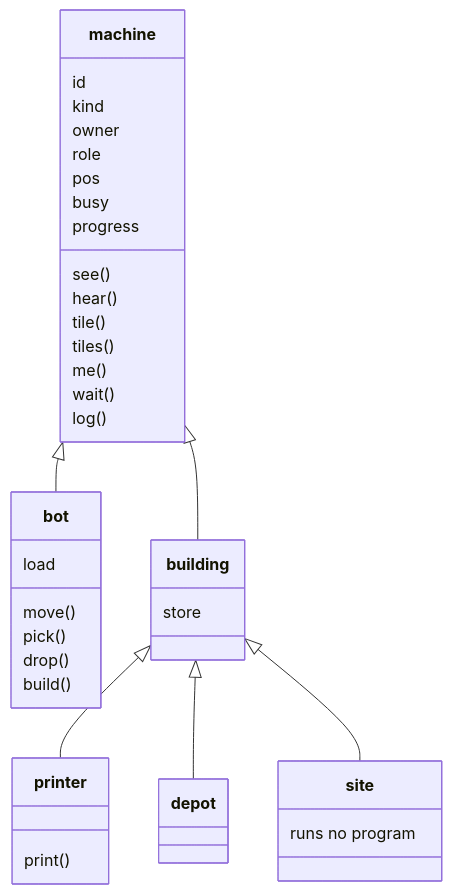
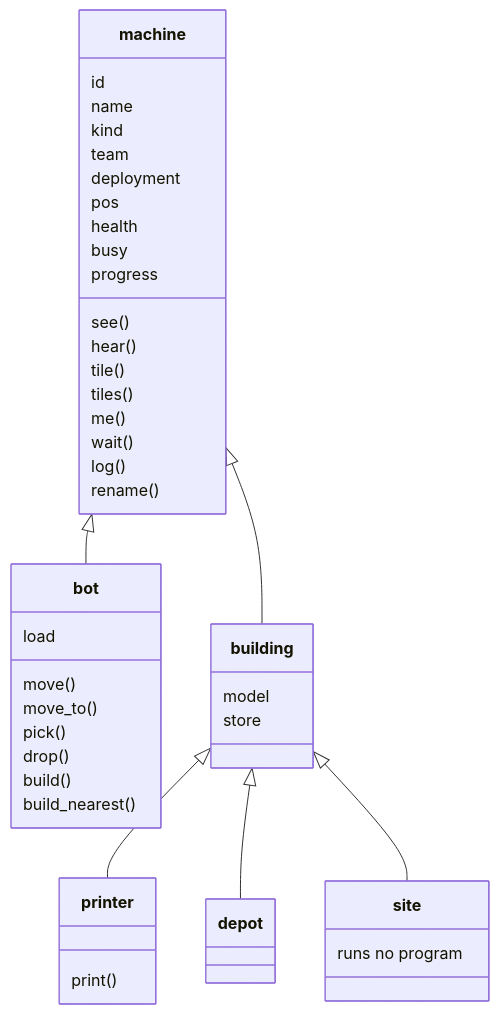
Before and after one commit to mmmtastymmm/programming-game-planned-2: the diagram in docs/02-machines.md, drawn with Mermaid. The commit also changed other lines of this file and 8 other files, not shown here.

First line of the commit message:
docs/02: a machine has a program, a team, a kind and a name; answer Q24; open Q25

````diff
--- a/docs/02-machines.md
+++ b/docs/02-machines.md
@@ -94,41 +148,47 @@
 ```mermaid
 classDiagram
   class machine {
     id
+    name
     kind
-    owner
-    role
+    team
+    deployment
     pos
+    health
     busy
     progress
     see()
     hear()
     tile()
     tiles()
     me()
     wait()
     log()
+    rename()
   }
   class bot {
     load
     move()
+    move_to()
     pick()
     drop()
     build()
+    build_nearest()
   }
   class building {
+    model
     store
   }
   class printer {
     print()
   }
   class depot
   class site {
     runs no program
   }
   machine <|-- bot
   machine <|-- building
   building <|-- printer
   building <|-- depot
   building <|-- site
 ```
````
